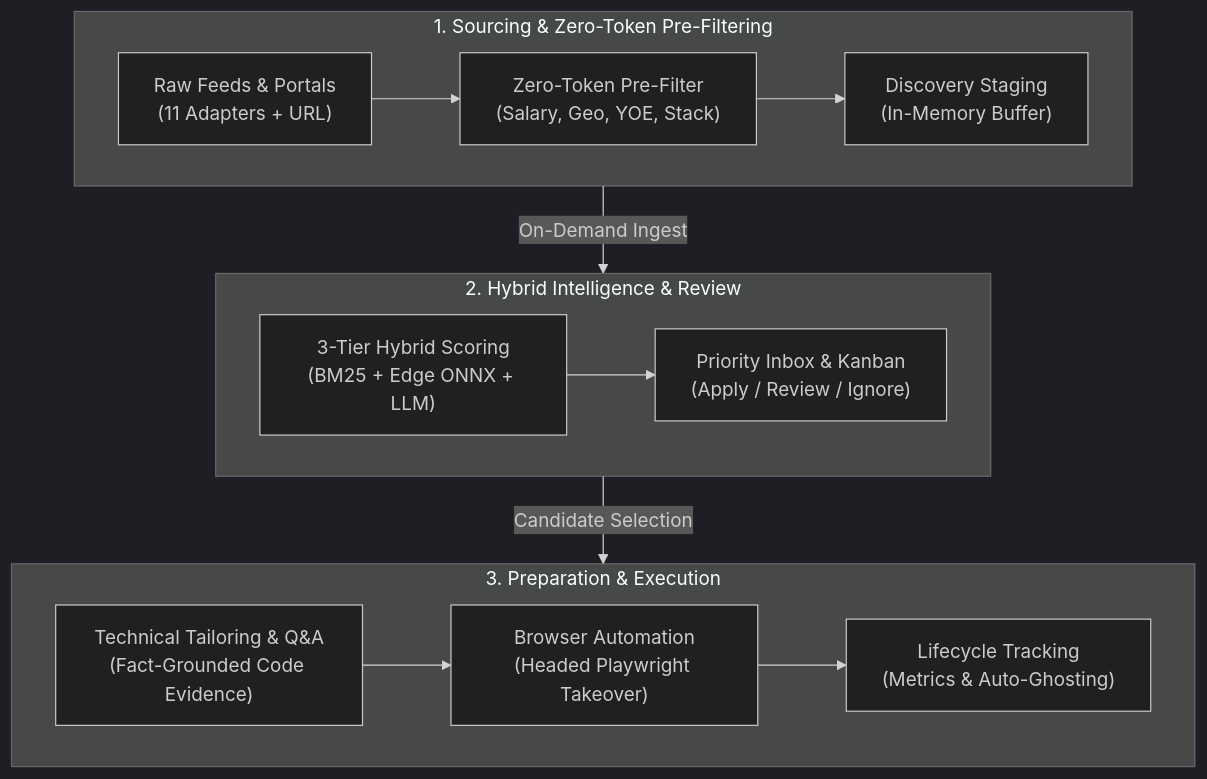
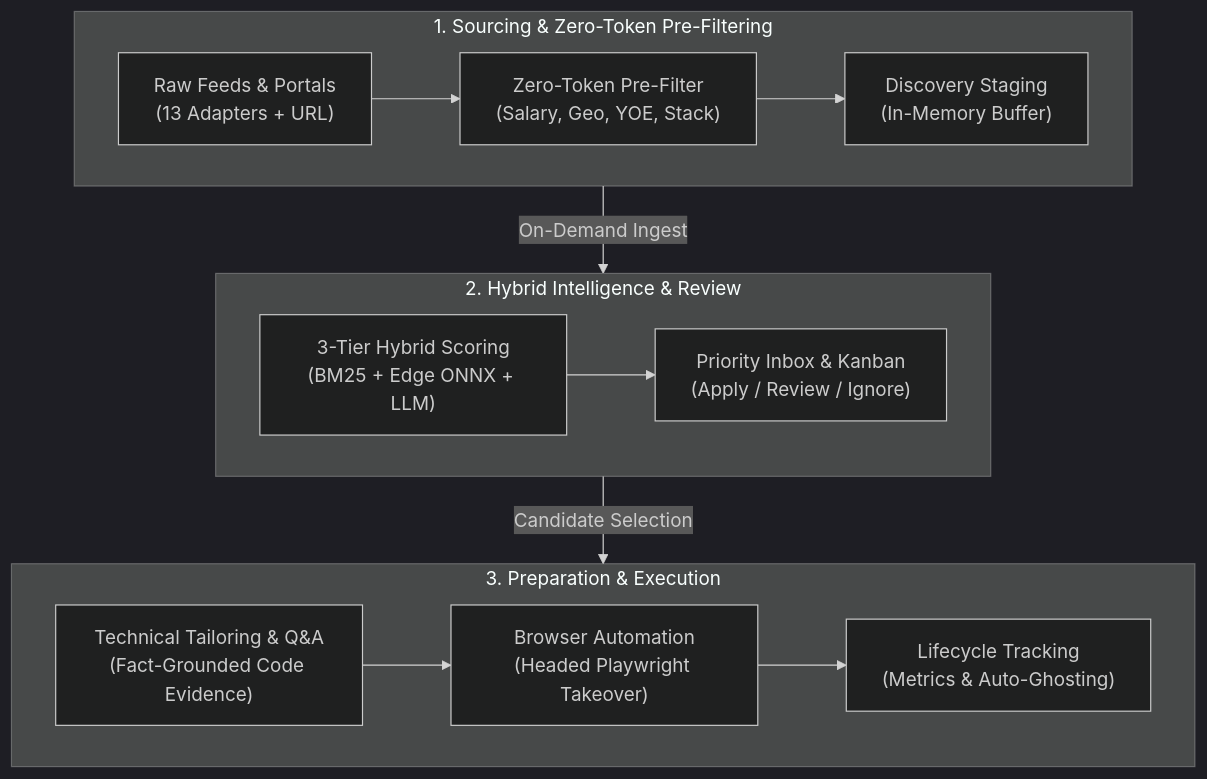
One commit to Achyuth072/Vanguard changed the diagram in README.md. Above: the diagram before and after it, drawn with Mermaid (dark theme). The commit also changed other lines of this file and 1 other file, not shown here.

Commit message:
docs: sync README and CONTEXT with 13 adapters, probe runner, and Transformers v4

````diff
--- a/README.md
+++ b/README.md
@@ -44,20 +44,20 @@
 ```mermaid
 flowchart TD
     subgraph Discovery["1. Sourcing & Zero-Token Pre-Filtering"]
         direction LR
-        A["Raw Feeds & Portals<br/>(11 Adapters + URL)"] --> B["Zero-Token Pre-Filter<br/>(Salary, Geo, YOE, Stack)"] --> C["Discovery Staging<br/>(In-Memory Buffer)"]
+        A["Raw Feeds & Portals<br/>(13 Adapters + URL)"] --> B["Zero-Token Pre-Filter<br/>(Salary, Geo, YOE, Stack)"] --> C["Discovery Staging<br/>(In-Memory Buffer)"]
     end
 
     subgraph Evaluation["2. Hybrid Intelligence & Review"]
         direction LR
         D["3-Tier Hybrid Scoring<br/>(BM25 + Edge ONNX + LLM)"] --> E["Priority Inbox & Kanban<br/>(Apply / Review / Ignore)"]
     end
 
     subgraph Execution["3. Preparation & Execution"]
         direction LR
         F["Technical Tailoring & Q&A<br/>(Fact-Grounded Code Evidence)"] --> G["Browser Automation<br/>(Headed Playwright Takeover)"] --> H["Lifecycle Tracking<br/>(Metrics & Auto-Ghosting)"]
     end
 
     Discovery -->|On-Demand Ingest| Evaluation
     Evaluation -->|Candidate Selection| Execution
 ```
````
